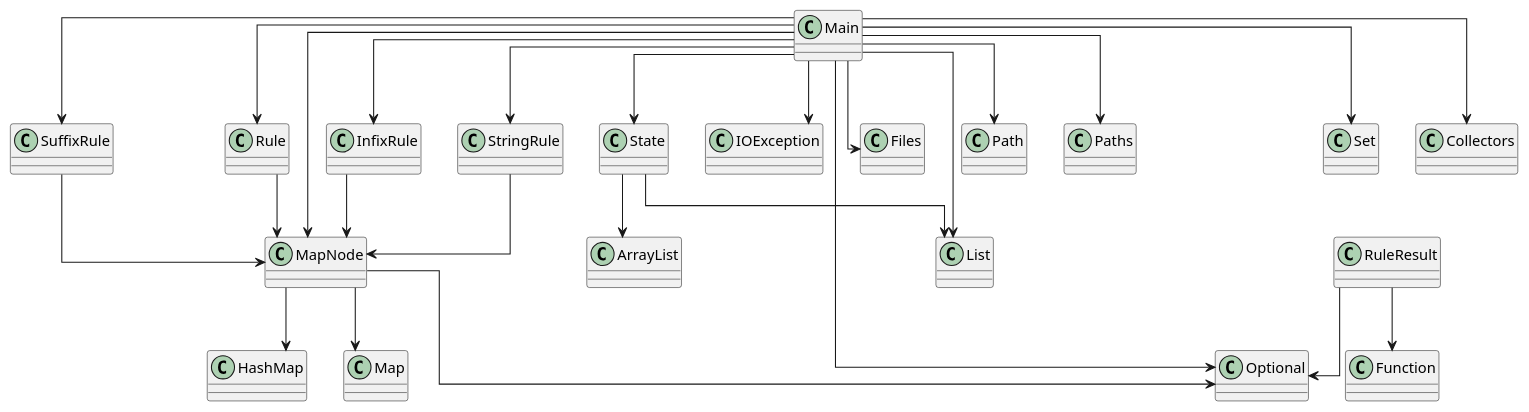
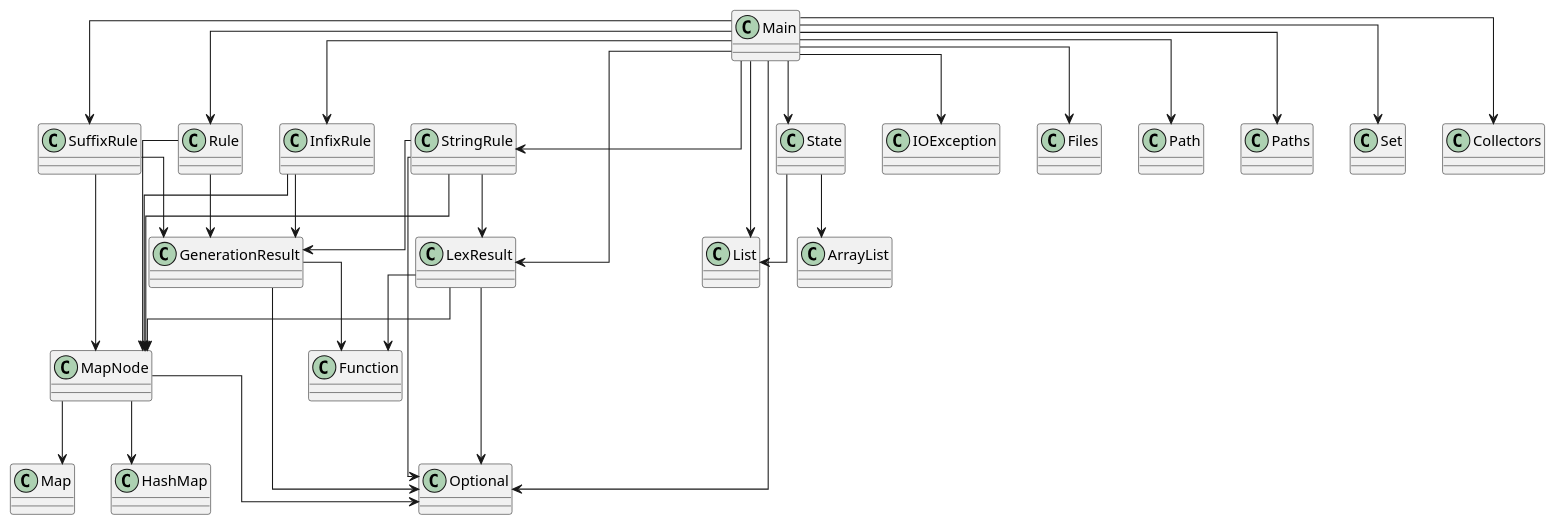
Before and after one commit to SirMathhman/Magma: the diagram in diagram.puml, drawn with PlantUML. The commit also changed 8 other files, not shown here.

```diff
--- a/diagram.puml
+++ b/diagram.puml
@@ -1,36 +1,46 @@
 @startuml
 skinparam linetype ortho
 class SuffixRule
 SuffixRule --> MapNode
+SuffixRule --> GenerationResult
+class GenerationResult
+GenerationResult --> Optional
+GenerationResult --> Function
 class Rule
 Rule --> MapNode
+Rule --> GenerationResult
+class LexResult
+LexResult --> MapNode
+LexResult --> Optional
+LexResult --> Function
 class InfixRule
 InfixRule --> MapNode
+InfixRule --> GenerationResult
 class Main
-Main --> MapNode
 Main --> State
 Main --> InfixRule
+Main --> LexResult
 Main --> Rule
 Main --> StringRule
 Main --> SuffixRule
 Main --> IOException
 Main --> Files
 Main --> Path
 Main --> Paths
 Main --> List
 Main --> Optional
 Main --> Set
 Main --> Collectors
-class RuleResult
-RuleResult --> Optional
-RuleResult --> Function
 class MapNode
 MapNode --> HashMap
 MapNode --> Map
 MapNode --> Optional
 class StringRule
 StringRule --> MapNode
+StringRule --> GenerationResult
+StringRule --> LexResult
+StringRule --> Optional
 class State
 State --> ArrayList
 State --> List
 @enduml
```
